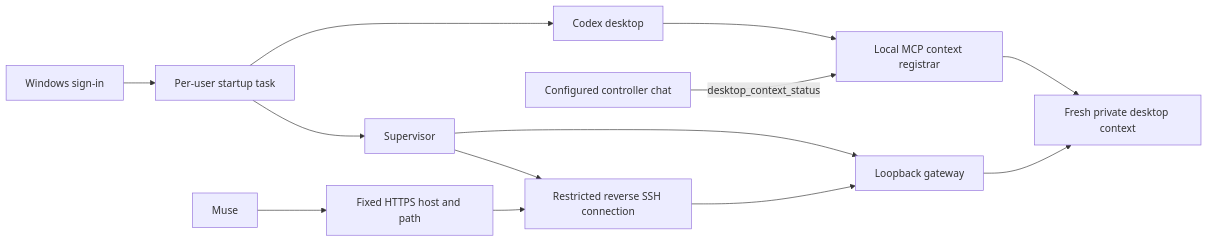
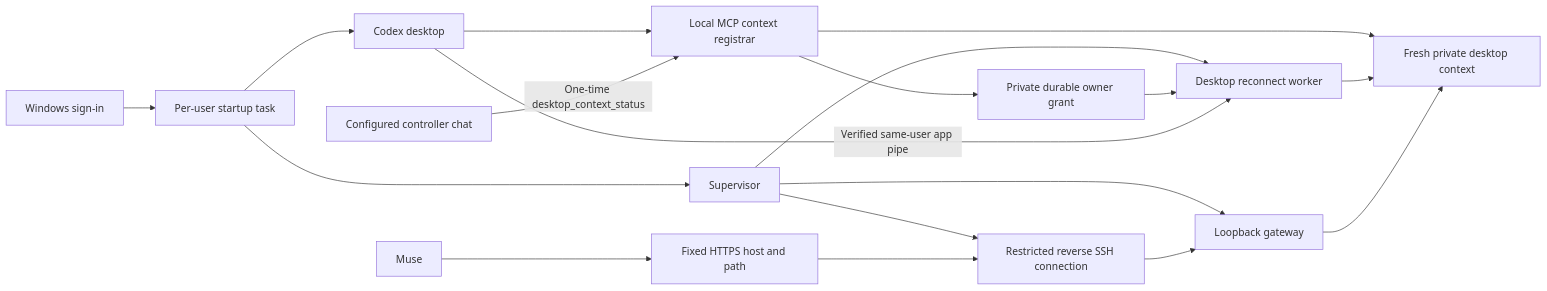
Before and after one commit to thefayth/muse-local-connector: the diagram in docs/automatic-startup.md, drawn with Mermaid. The commit also changed other lines of this file and 16 other files, not shown here.

First line of the commit message:
Reconnect desktop automatically from Windows startup

````diff
--- a/docs/automatic-startup.md
+++ b/docs/automatic-startup.md
@@ -5,14 +5,19 @@
 ```mermaid
 flowchart LR
     Login[Windows sign-in] --> Startup[Per-user startup task]
     Startup --> Codex[Codex desktop]
     Codex --> Registrar[Local MCP context registrar]
-    Owner[Configured controller chat] -->|desktop_context_status| Registrar
+    Owner[Configured controller chat] -->|One-time desktop_context_status| Registrar
+    Registrar --> Grant[Private durable owner grant]
     Registrar --> Context[Fresh private desktop context]
     Startup --> Supervisor
     Supervisor --> Gateway[Loopback gateway]
     Supervisor --> Relay[Restricted reverse SSH connection]
+    Supervisor --> Reconnect[Desktop reconnect worker]
+    Grant --> Reconnect
+    Codex -->|Verified same-user app pipe| Reconnect
+    Reconnect --> Context
     Muse --> HTTPS[Fixed HTTPS host and path]
     HTTPS --> Relay --> Gateway
     Gateway --> Context
 ```
````
